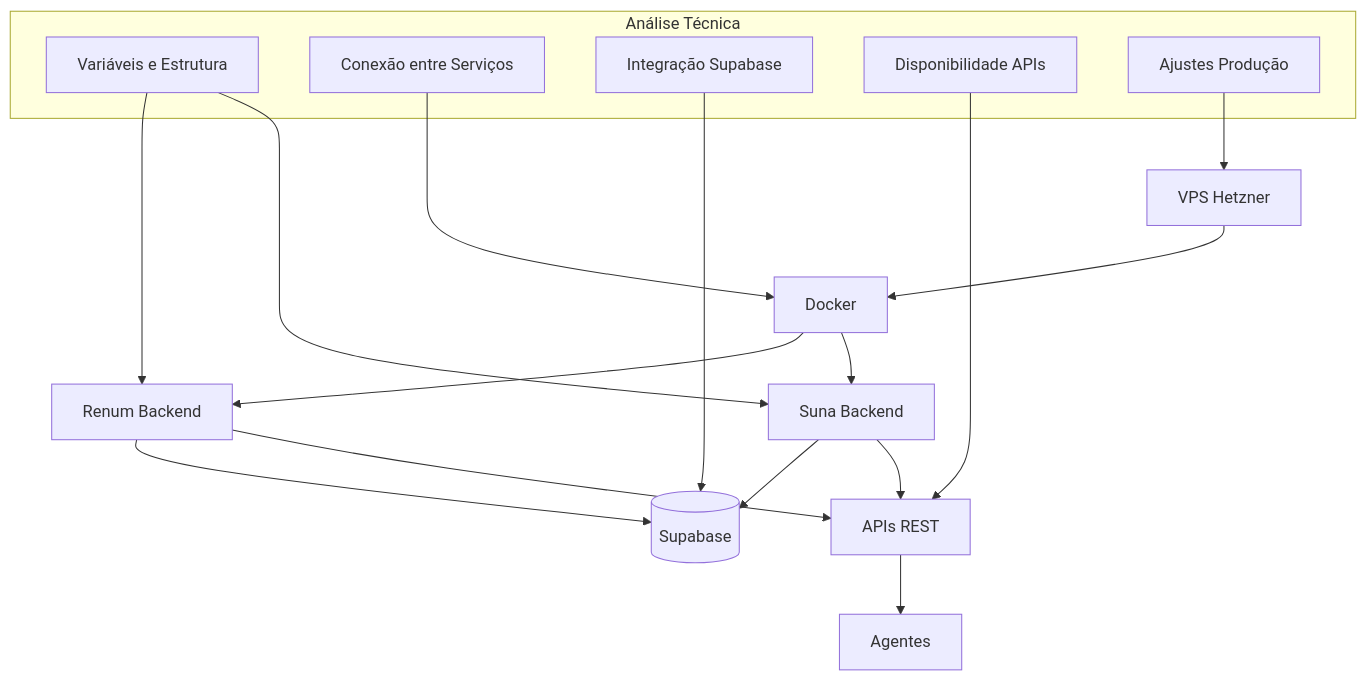
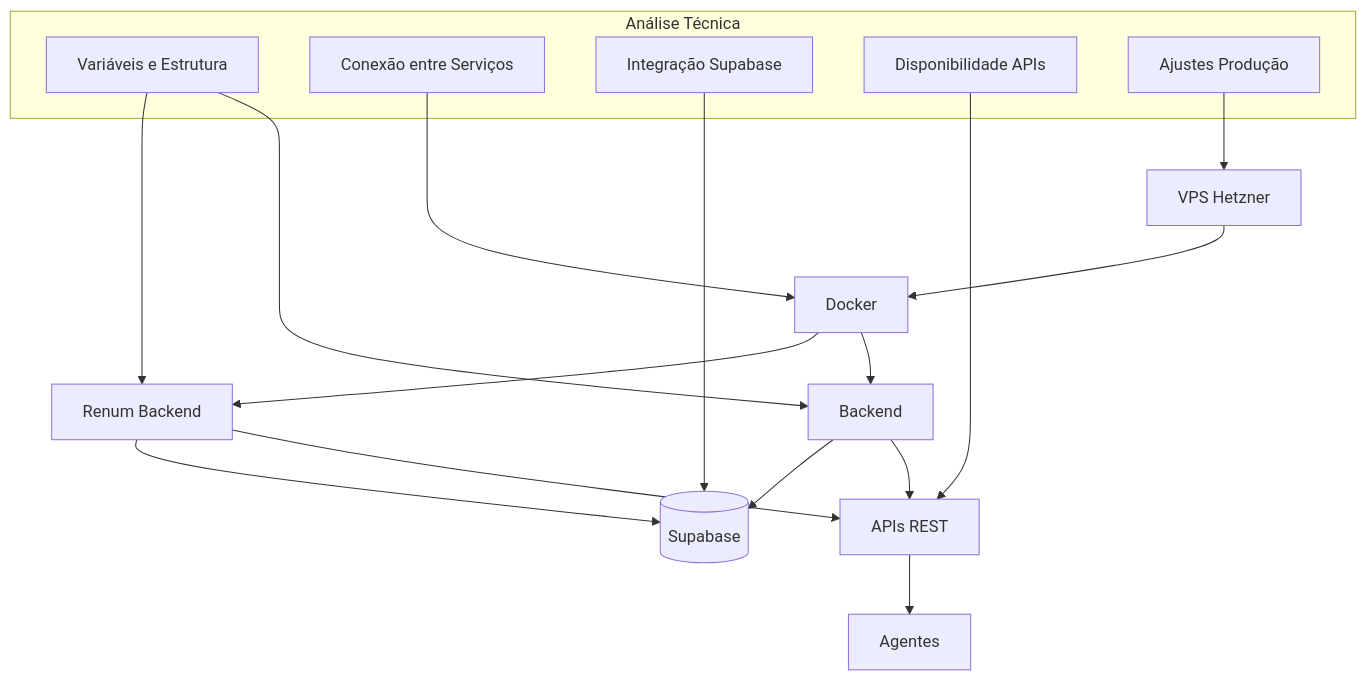
Before and after one commit to rcarraroia/renum-suna-core: the diagram in .kiro/specs/suna-vps-compatibility-analysis/design.md, drawn with Mermaid. The commit also changed 215 other files, not shown here.

````diff
--- a/.kiro/specs/suna-vps-compatibility-analysis/design.md
+++ b/.kiro/specs/suna-vps-compatibility-analysis/design.md
@@ -287,26 +287,26 @@
 ```mermaid
 graph TD
     VPS[VPS Hetzner] --> Docker[Docker]
     Docker --> Renum[Renum Backend]
-    Docker --> Suna[Suna Backend]
+    Docker --> Suna[Backend]
     Renum --> Supabase[(Supabase)]
     Suna --> Supabase
     Renum --> API[APIs REST]
     Suna --> API
     API --> Agents[Agentes]
     
     subgraph "Análise Técnica"
     A1[Variáveis e Estrutura]
     A2[Conexão entre Serviços]
     A3[Integração Supabase]
     A4[Disponibilidade APIs]
     A5[Ajustes Produção]
     end
     
     A1 --> Renum
     A1 --> Suna
     A2 --> Docker
     A3 --> Supabase
     A4 --> API
     A5 --> VPS
 ```
````
